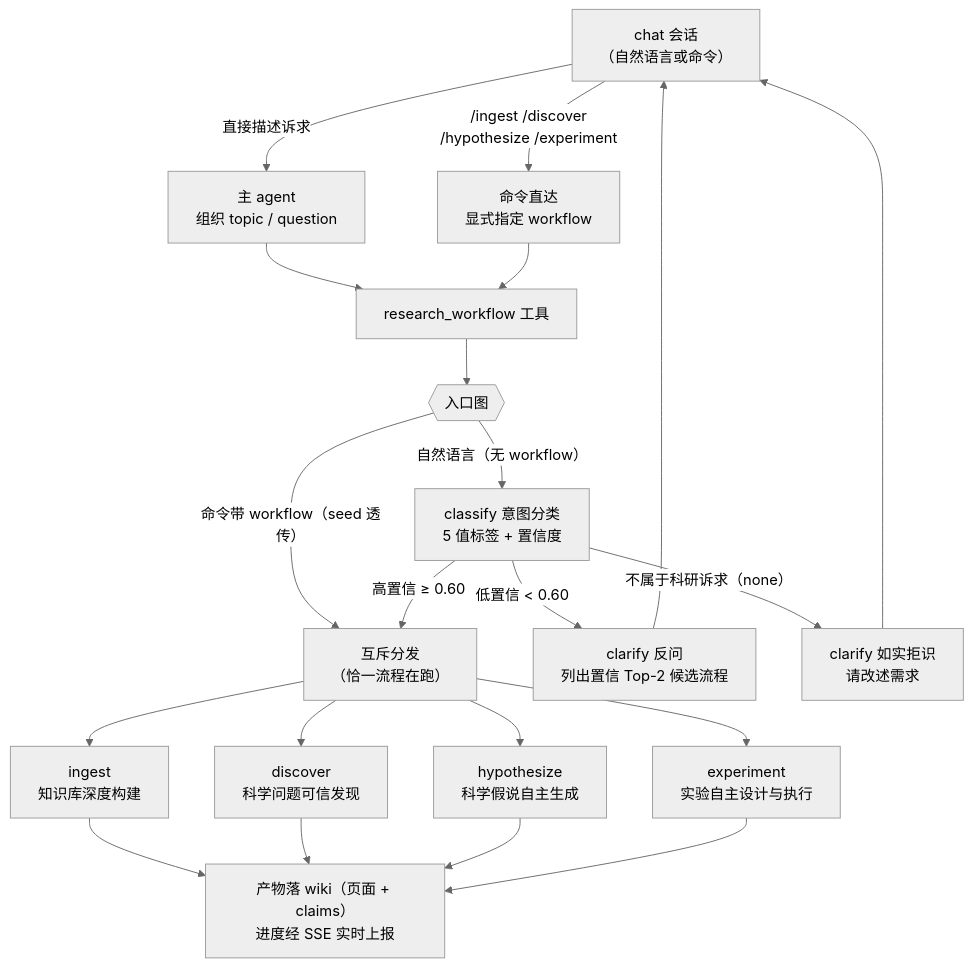
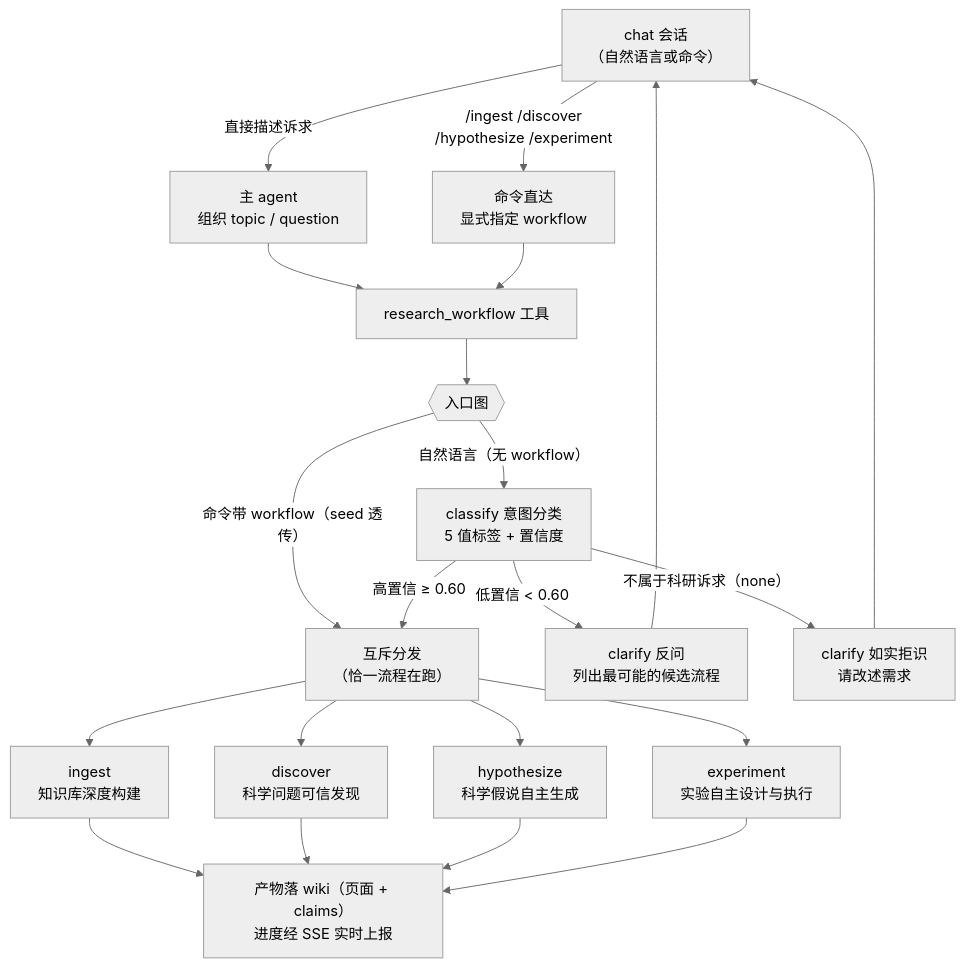
One commit to ACautomata/researcher-service changed the diagram in plugins/research/README.md. Above: the diagram before and after it, drawn with Mermaid (neutral theme). The commit also changed other lines of this file and 8 other files, not shown here.

````diff
--- a/plugins/research/README.md
+++ b/plugins/research/README.md
@@ -29,32 +29,32 @@
 ```mermaid
 flowchart TD
     U["chat 会话<br/>（自然语言或命令）"]
 
     U -->|"直接描述诉求"| AGENT["主 agent<br/>组织 topic / question"]
     U -->|"/ingest /discover<br/>/hypothesize /experiment"| CMD["命令直达<br/>显式指定 workflow"]
 
     AGENT --> TOOL["research_workflow 工具"]
     CMD --> TOOL
 
     TOOL --> G{{"入口图"}}
 
     G -->|"命令带 workflow（seed 透传）"| R
     G -->|"自然语言（无 workflow）"| C["classify 意图分类<br/>5 值标签 + 置信度"]
 
     C -->|"高置信 ≥ 0.60"| R["互斥分发<br/>（恰一流程在跑）"]
-    C -->|"低置信 < 0.60"| CL["clarify 反问<br/>列出置信 Top-2 候选流程"]
+    C -->|"低置信 < 0.60"| CL["clarify 反问<br/>列出最可能的候选流程"]
     C -->|"不属于科研诉求（none）"| CLN["clarify 如实拒识<br/>请改述需求"]
 
     CL --> U
     CLN --> U
 
     R --> W1["ingest<br/>知识库深度构建"]
     R --> W2["discover<br/>科学问题可信发现"]
     R --> W3["hypothesize<br/>科学假说自主生成"]
     R --> W4["experiment<br/>实验自主设计与执行"]
 
     W1 --> E["产物落 wiki（页面 + claims）<br/>进度经 SSE 实时上报"]
     W2 --> E
     W3 --> E
     W4 --> E
 ```
````
